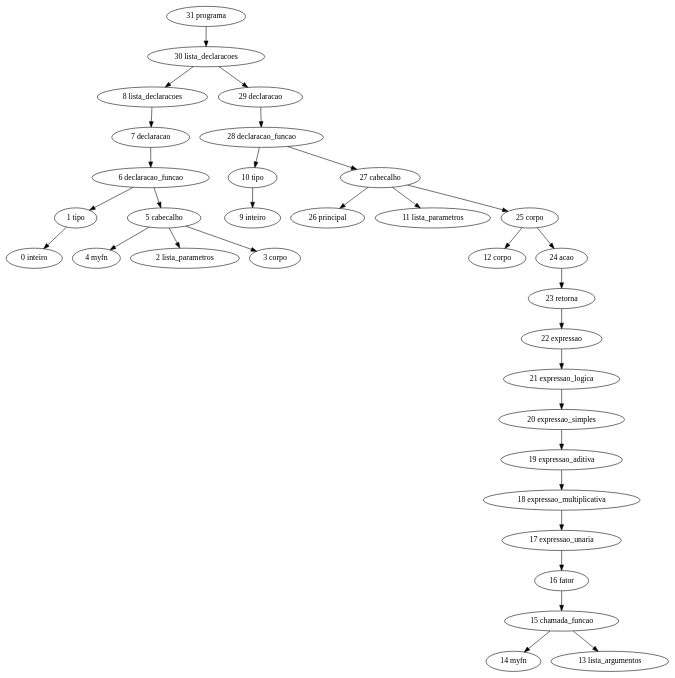
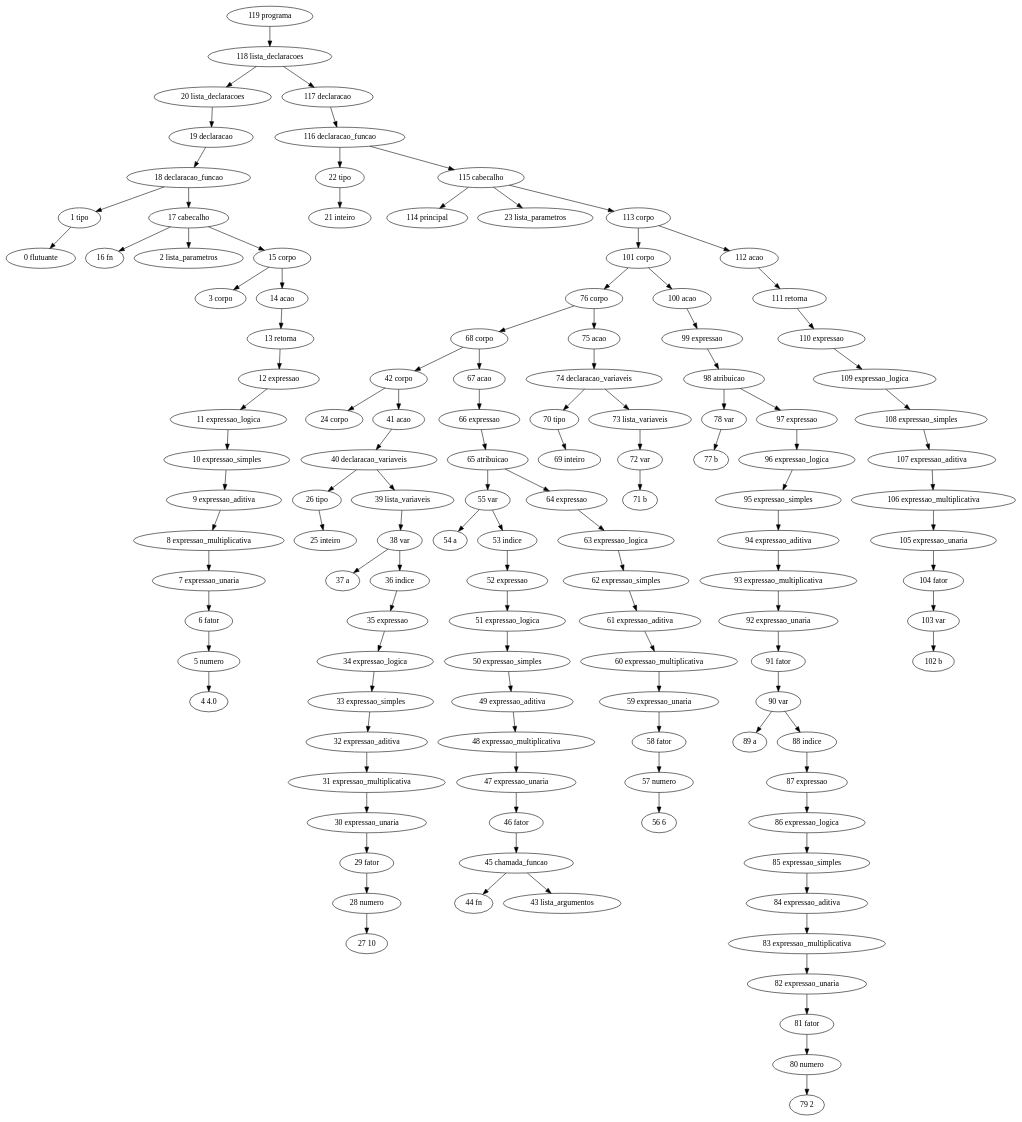
One commit to franzon/compilers changed the diagram in BCC__BCC36B__P2__Jorge_1511424/implementacao/Digraph.gv. Above: the diagram before and after it, drawn with Graphviz. The commit also changed 4 other files, not shown here.

```diff
--- a/BCC__BCC36B__P2__Jorge_1511424/implementacao/Digraph.gv
+++ b/BCC__BCC36B__P2__Jorge_1511424/implementacao/Digraph.gv
@@ -1,66 +1,242 @@
 // Análise sintática
 digraph {
-	"31 programa"
-	"30 lista_declaracoes"
-	"31 programa" -> "30 lista_declaracoes"
-	"8 lista_declaracoes"
-	"30 lista_declaracoes" -> "8 lista_declaracoes"
-	"7 declaracao"
-	"8 lista_declaracoes" -> "7 declaracao"
-	"6 declaracao_funcao"
-	"7 declaracao" -> "6 declaracao_funcao"
+	"119 programa"
+	"118 lista_declaracoes"
+	"119 programa" -> "118 lista_declaracoes"
+	"20 lista_declaracoes"
+	"118 lista_declaracoes" -> "20 lista_declaracoes"
+	"19 declaracao"
+	"20 lista_declaracoes" -> "19 declaracao"
+	"18 declaracao_funcao"
+	"19 declaracao" -> "18 declaracao_funcao"
 	"1 tipo"
-	"6 declaracao_funcao" -> "1 tipo"
-	"0 inteiro"
-	"1 tipo" -> "0 inteiro"
-	"5 cabecalho"
-	"6 declaracao_funcao" -> "5 cabecalho"
-	"4 myfn"
-	"5 cabecalho" -> "4 myfn"
+	"18 declaracao_funcao" -> "1 tipo"
+	"0 flutuante"
+	"1 tipo" -> "0 flutuante"
+	"17 cabecalho"
+	"18 declaracao_funcao" -> "17 cabecalho"
+	"16 fn"
+	"17 cabecalho" -> "16 fn"
 	"2 lista_parametros"
-	"5 cabecalho" -> "2 lista_parametros"
+	"17 cabecalho" -> "2 lista_parametros"
+	"15 corpo"
+	"17 cabecalho" -> "15 corpo"
 	"3 corpo"
-	"5 cabecalho" -> "3 corpo"
-	"29 declaracao"
-	"30 lista_declaracoes" -> "29 declaracao"
-	"28 declaracao_funcao"
-	"29 declaracao" -> "28 declaracao_funcao"
-	"10 tipo"
-	"28 declaracao_funcao" -> "10 tipo"
-	"9 inteiro"
-	"10 tipo" -> "9 inteiro"
-	"27 cabecalho"
-	"28 declaracao_funcao" -> "27 cabecalho"
-	"26 principal"
-	"27 cabecalho" -> "26 principal"
-	"11 lista_parametros"
-	"27 cabecalho" -> "11 lista_parametros"
-	"25 corpo"
-	"27 cabecalho" -> "25 corpo"
-	"12 corpo"
-	"25 corpo" -> "12 corpo"
-	"24 acao"
-	"25 corpo" -> "24 acao"
-	"23 retorna"
-	"24 acao" -> "23 retorna"
-	"22 expressao"
-	"23 retorna" -> "22 expressao"
-	"21 expressao_logica"
-	"22 expressao" -> "21 expressao_logica"
-	"20 expressao_simples"
-	"21 expressao_logica" -> "20 expressao_simples"
-	"19 expressao_aditiva"
-	"20 expressao_simples" -> "19 expressao_aditiva"
-	"18 expressao_multiplicativa"
-	"19 expressao_aditiva" -> "18 expressao_multiplicativa"
-	"17 expressao_unaria"
-	"18 expressao_multiplicativa" -> "17 expressao_unaria"
-	"16 fator"
-	"17 expressao_unaria" -> "16 fator"
-	"15 chamada_funcao"
-	"16 fator" -> "15 chamada_funcao"
-	"14 myfn"
-	"15 chamada_funcao" -> "14 myfn"
-	"13 lista_argumentos"
-	"15 chamada_funcao" -> "13 lista_argumentos"
+	"15 corpo" -> "3 corpo"
+	"14 acao"
+	"15 corpo" -> "14 acao"
+	"13 retorna"
+	"14 acao" -> "13 retorna"
+	"12 expressao"
+	"13 retorna" -> "12 expressao"
+	"11 expressao_logica"
+	"12 expressao" -> "11 expressao_logica"
+	"10 expressao_simples"
+	"11 expressao_logica" -> "10 expressao_simples"
+	"9 expressao_aditiva"
+	"10 expressao_simples" -> "9 expressao_aditiva"
+	"8 expressao_multiplicativa"
+	"9 expressao_aditiva" -> "8 expressao_multiplicativa"
+	"7 expressao_unaria"
+	"8 expressao_multiplicativa" -> "7 expressao_unaria"
+	"6 fator"
+	"7 expressao_unaria" -> "6 fator"
+	"5 numero"
+	"6 fator" -> "5 numero"
+	"4 4.0"
+	"5 numero" -> "4 4.0"
+	"117 declaracao"
+	"118 lista_declaracoes" -> "117 declaracao"
+	"116 declaracao_funcao"
+	"117 declaracao" -> "116 declaracao_funcao"
+	"22 tipo"
+	"116 declaracao_funcao" -> "22 tipo"
+	"21 inteiro"
+	"22 tipo" -> "21 inteiro"
+	"115 cabecalho"
+	"116 declaracao_funcao" -> "115 cabecalho"
+	"114 principal"
+	"115 cabecalho" -> "114 principal"
+	"23 lista_parametros"
+	"115 cabecalho" -> "23 lista_parametros"
+	"113 corpo"
+	"115 cabecalho" -> "113 corpo"
+	"101 corpo"
+	"113 corpo" -> "101 corpo"
+	"76 corpo"
+	"101 corpo" -> "76 corpo"
+	"68 corpo"
+	"76 corpo" -> "68 corpo"
+	"42 corpo"
+	"68 corpo" -> "42 corpo"
+	"24 corpo"
+	"42 corpo" -> "24 corpo"
+	"41 acao"
+	"42 corpo" -> "41 acao"
+	"40 declaracao_variaveis"
+	"41 acao" -> "40 declaracao_variaveis"
+	"26 tipo"
+	"40 declaracao_variaveis" -> "26 tipo"
+	"25 inteiro"
+	"26 tipo" -> "25 inteiro"
+	"39 lista_variaveis"
+	"40 declaracao_variaveis" -> "39 lista_variaveis"
+	"38 var"
+	"39 lista_variaveis" -> "38 var"
+	"37 a"
+	"38 var" -> "37 a"
+	"36 indice"
+	"38 var" -> "36 indice"
+	"35 expressao"
+	"36 indice" -> "35 expressao"
+	"34 expressao_logica"
+	"35 expressao" -> "34 expressao_logica"
+	"33 expressao_simples"
+	"34 expressao_logica" -> "33 expressao_simples"
+	"32 expressao_aditiva"
+	"33 expressao_simples" -> "32 expressao_aditiva"
+	"31 expressao_multiplicativa"
+	"32 expressao_aditiva" -> "31 expressao_multiplicativa"
+	"30 expressao_unaria"
+	"31 expressao_multiplicativa" -> "30 expressao_unaria"
+	"29 fator"
+	"30 expressao_unaria" -> "29 fator"
+	"28 numero"
+	"29 fator" -> "28 numero"
+	"27 10"
+	"28 numero" -> "27 10"
+	"67 acao"
+	"68 corpo" -> "67 acao"
+	"66 expressao"
+	"67 acao" -> "66 expressao"
+	"65 atribuicao"
+	"66 expressao" -> "65 atribuicao"
+	"55 var"
+	"65 atribuicao" -> "55 var"
+	"54 a"
+	"55 var" -> "54 a"
+	"53 indice"
+	"55 var" -> "53 indice"
+	"52 expressao"
+	"53 indice" -> "52 expressao"
+	"51 expressao_logica"
+	"52 expressao" -> "51 expressao_logica"
+	"50 expressao_simples"
+	"51 expressao_logica" -> "50 expressao_simples"
+	"49 expressao_aditiva"
+	"50 expressao_simples" -> "49 expressao_aditiva"
+	"48 expressao_multiplicativa"
+	"49 expressao_aditiva" -> "48 expressao_multiplicativa"
+	"47 expressao_unaria"
+	"48 expressao_multiplicativa" -> "47 expressao_unaria"
+	"46 fator"
+	"47 expressao_unaria" -> "46 fator"
+	"45 chamada_funcao"
+	"46 fator" -> "45 chamada_funcao"
+	"44 fn"
+	"45 chamada_funcao" -> "44 fn"
+	"43 lista_argumentos"
+	"45 chamada_funcao" -> "43 lista_argumentos"
+	"64 expressao"
+	"65 atribuicao" -> "64 expressao"
+	"63 expressao_logica"
+	"64 expressao" -> "63 expressao_logica"
+	"62 expressao_simples"
+	"63 expressao_logica" -> "62 expressao_simples"
+	"61 expressao_aditiva"
+	"62 expressao_simples" -> "61 expressao_aditiva"
+	"60 expressao_multiplicativa"
+	"61 expressao_aditiva" -> "60 expressao_multiplicativa"
+	"59 expressao_unaria"
+	"60 expressao_multiplicativa" -> "59 expressao_unaria"
+	"58 fator"
+	"59 expressao_unaria" -> "58 fator"
+	"57 numero"
+	"58 fator" -> "57 numero"
+	"56 6"
+	"57 numero" -> "56 6"
+	"75 acao"
+	"76 corpo" -> "75 acao"
+	"74 declaracao_variaveis"
+	"75 acao" -> "74 declaracao_variaveis"
+	"70 tipo"
+	"74 declaracao_variaveis" -> "70 tipo"
+	"69 inteiro"
+	"70 tipo" -> "69 inteiro"
+	"73 lista_variaveis"
+	"74 declaracao_variaveis" -> "73 lista_variaveis"
+	"72 var"
+	"73 lista_variaveis" -> "72 var"
+	"71 b"
+	"72 var" -> "71 b"
+	"100 acao"
+	"101 corpo" -> "100 acao"
+	"99 expressao"
+	"100 acao" -> "99 expressao"
+	"98 atribuicao"
+	"99 expressao" -> "98 atribuicao"
+	"78 var"
+	"98 atribuicao" -> "78 var"
+	"77 b"
+	"78 var" -> "77 b"
+	"97 expressao"
+	"98 atribuicao" -> "97 expressao"
+	"96 expressao_logica"
+	"97 expressao" -> "96 expressao_logica"
+	"95 expressao_simples"
+	"96 expressao_logica" -> "95 expressao_simples"
+	"94 expressao_aditiva"
+	"95 expressao_simples" -> "94 expressao_aditiva"
+	"93 expressao_multiplicativa"
+	"94 expressao_aditiva" -> "93 expressao_multiplicativa"
+	"92 expressao_unaria"
+	"93 expressao_multiplicativa" -> "92 expressao_unaria"
+	"91 fator"
+	"92 expressao_unaria" -> "91 fator"
+	"90 var"
+	"91 fator" -> "90 var"
+	"89 a"
+	"90 var" -> "89 a"
+	"88 indice"
+	"90 var" -> "88 indice"
+	"87 expressao"
+	"88 indice" -> "87 expressao"
+	"86 expressao_logica"
+	"87 expressao" -> "86 expressao_logica"
+	"85 expressao_simples"
+	"86 expressao_logica" -> "85 expressao_simples"
+	"84 expressao_aditiva"
+	"85 expressao_simples" -> "84 expressao_aditiva"
+	"83 expressao_multiplicativa"
+	"84 expressao_aditiva" -> "83 expressao_multiplicativa"
+	"82 expressao_unaria"
+	"83 expressao_multiplicativa" -> "82 expressao_unaria"
+	"81 fator"
+	"82 expressao_unaria" -> "81 fator"
+	"80 numero"
+	"81 fator" -> "80 numero"
+	"79 2"
+	"80 numero" -> "79 2"
+	"112 acao"
+	"113 corpo" -> "112 acao"
+	"111 retorna"
+	"112 acao" -> "111 retorna"
+	"110 expressao"
+	"111 retorna" -> "110 expressao"
+	"109 expressao_logica"
+	"110 expressao" -> "109 expressao_logica"
+	"108 expressao_simples"
+	"109 expressao_logica" -> "108 expressao_simples"
+	"107 expressao_aditiva"
+	"108 expressao_simples" -> "107 expressao_aditiva"
+	"106 expressao_multiplicativa"
+	"107 expressao_aditiva" -> "106 expressao_multiplicativa"
+	"105 expressao_unaria"
+	"106 expressao_multiplicativa" -> "105 expressao_unaria"
+	"104 fator"
+	"105 expressao_unaria" -> "104 fator"
+	"103 var"
+	"104 fator" -> "103 var"
+	"102 b"
+	"103 var" -> "102 b"
 }
```
